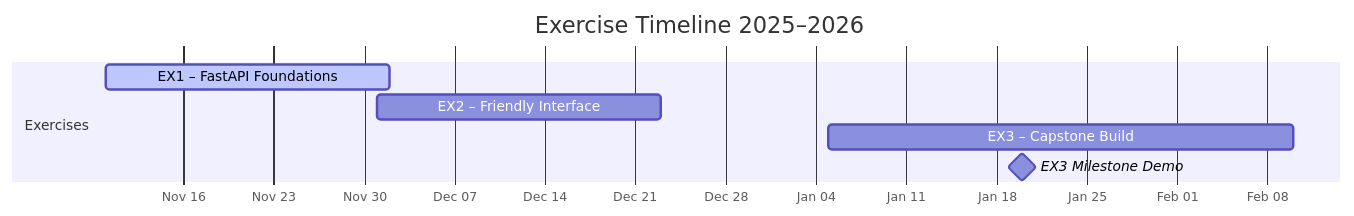
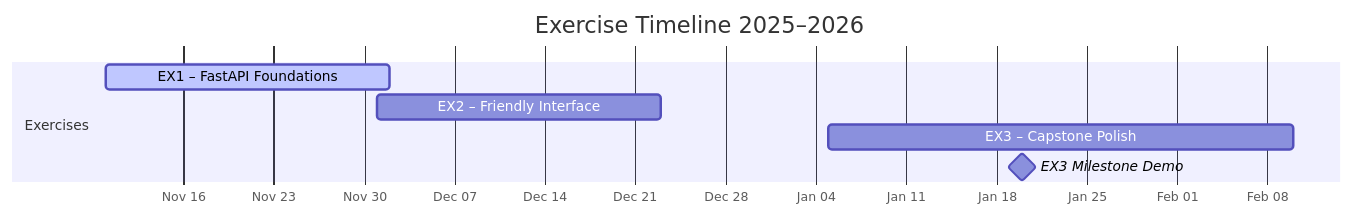
The diagram in docs/exercises.md (EASS-HIT-PART-A-2026-CLASS-IX/lecture-notes), drawn with Mermaid before and after one commit. The commit also changed other lines of this file, not shown here.

````diff
--- a/docs/exercises.md
+++ b/docs/exercises.md
@@ -5,12 +5,12 @@
 ```mermaid
 gantt
     title Exercise Timeline 2025–2026
     dateFormat  YYYY-MM-DD
     axisFormat  %b %d
 
     section Exercises
     EX1 – FastAPI Foundations     :active, 2025-11-10, 2025-12-02
     EX2 – Friendly Interface      :2025-12-01, 2025-12-23
-    EX3 – Capstone Build          :2026-01-05, 2026-02-10
+    EX3 – Capstone Polish         :2026-01-05, 2026-02-10
     EX3 Milestone Demo            :milestone, 2026-01-20, 0d
 ```
````
